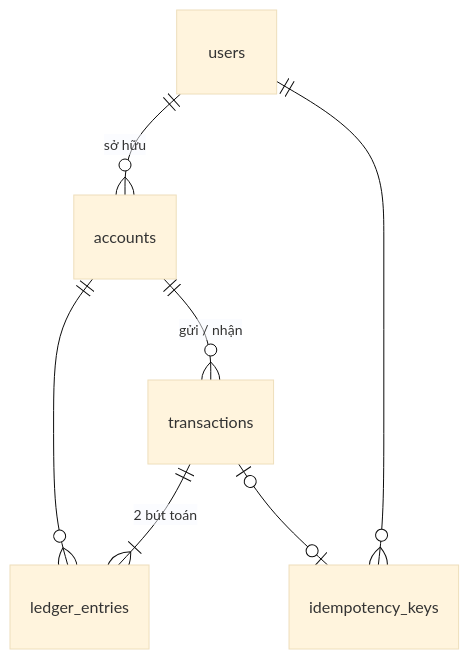
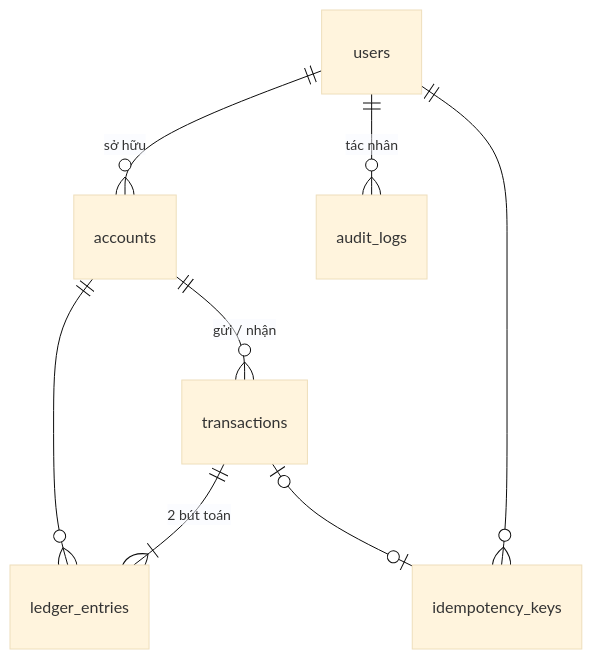
One commit to LeQuangMien10/CloudApplicationDevelopment changed the diagram in docs/database.md. Above: the diagram before and after it, drawn with Mermaid (base theme). The commit also changed other lines of this file and 20 other files, not shown here.

First line of the commit message:
feat(audit): bảng audit_logs append-only, AuditService và API tra cứu (F2 Phase 2)

````diff
--- a/docs/database.md
+++ b/docs/database.md
@@ -5,9 +5,10 @@
 ```mermaid
 erDiagram
   users ||--o{ accounts : "sở hữu"
+  users ||--o{ audit_logs : "tác nhân"
   accounts ||--o{ transactions : "gửi / nhận"
   transactions ||--|{ ledger_entries : "2 bút toán"
   accounts ||--o{ ledger_entries : ""
   users ||--o{ idempotency_keys : ""
   transactions |o--o| idempotency_keys : ""
 ```
````
